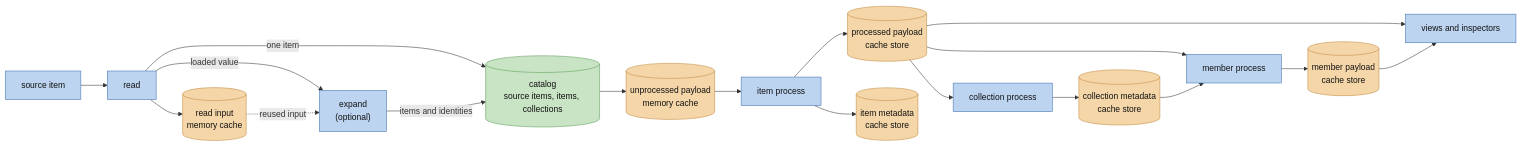
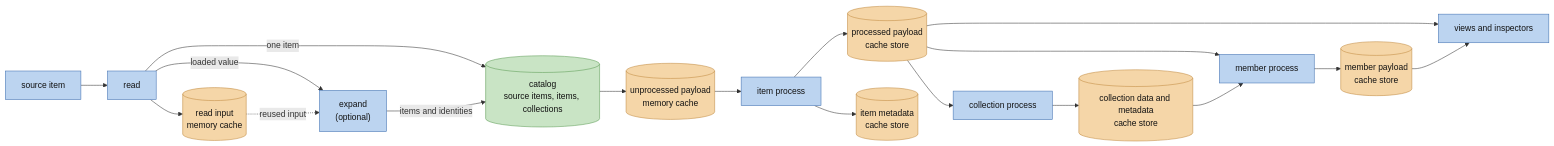
Before and after one commit to digiefel/DataBrowser: the second of 5 diagrams in docs/ARCHITECTURE.md, drawn with Mermaid. The commit also changed other lines of this file and 16 other files, not shown here.

First line of the commit message:
Register Recipes collection callbacks per level, with data kept by the collection

````diff
--- a/docs/ARCHITECTURE.md
+++ b/docs/ARCHITECTURE.md
@@ -112,42 +112,42 @@
 ```mermaid
 flowchart LR
     source["source item"]
     read["read"]
     read_cache[("read input<br/>memory cache")]
     expand["expand<br/>(optional)"]
     index[("catalog<br/>source items, items, collections")]
     unprocessed[("unprocessed payload<br/>memory cache")]
     item_process["item process"]
     processed[("processed payload<br/>cache store")]
     item_metadata[("item metadata<br/>cache store")]
     collection_process["collection process"]
-    collection_payload[("collection metadata<br/>cache store")]
+    collection_payload[("collection data and metadata<br/>cache store")]
     member_process["member process"]
     member_payload[("member payload<br/>cache store")]
     views["views and inspectors"]
 
     source --> read
     read -->|"one item"| index
     read -->|"loaded value"| expand
     read --> read_cache
     read_cache -.->|"reused input"| expand
     expand -->|"items and identities"| index
     index --> unprocessed
     unprocessed --> item_process
     item_process --> processed
     item_process --> item_metadata
     processed --> collection_process
     collection_process --> collection_payload
     processed --> member_process
     collection_payload --> member_process
     member_process --> member_payload
     processed --> views
     member_payload --> views
 
     classDef stage fill:#bcd4f0,stroke:#3f6fb0,color:#111
     classDef state fill:#f5d6a8,stroke:#c08a3f,color:#111
     classDef output fill:#c9e4c5,stroke:#5a9a52,color:#111
     class source,read,expand,item_process,collection_process,member_process,views stage
     class read_cache,unprocessed,processed,item_metadata,collection_payload,member_payload state
     class index output
 ```
````
